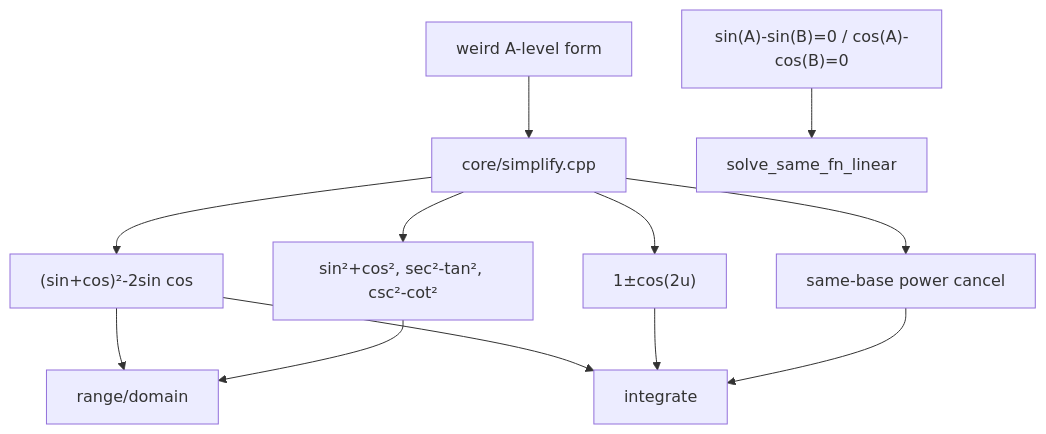
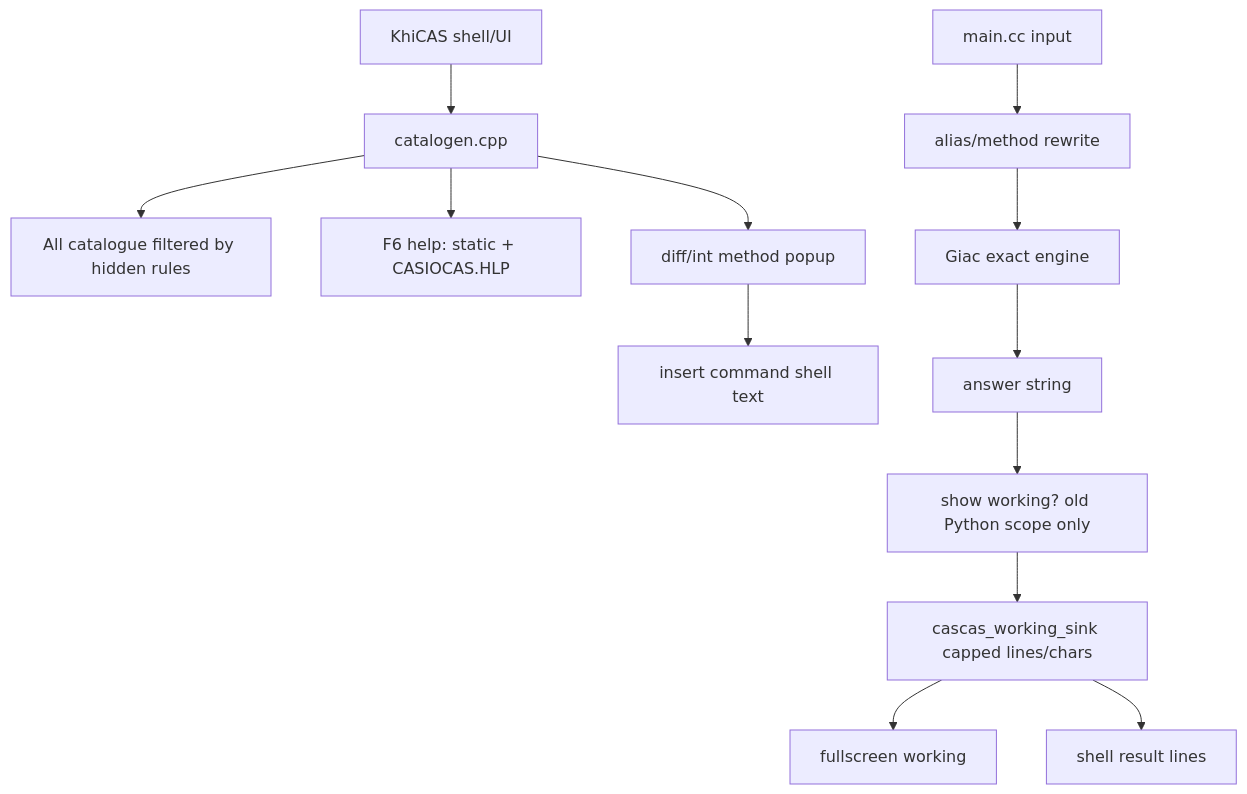
The second of 8 diagrams in c++/GRAPH.md (james8464/notes-addin-casio-fx-cg50), drawn with Mermaid before and after one commit. The commit also changed other lines of this file, not shown here.

Commit message:
Rebuild compact project graph

````diff
--- a/c++/GRAPH.md
+++ b/c++/GRAPH.md
@@ -22,14 +38,16 @@
 ```mermaid
 graph TD
-  Raw["weird A-level form"] --> Simp["core/simplify.cpp"]
-  Simp --> Pyth["sin²+cos², sec²-tan², csc²-cot²"]
-  Simp --> Pow["same-base power cancel"]
-  Simp --> DA["1±cos(2u)"]
-  Simp --> Sq["(sin+cos)²-2sin cos"]
-  Pyth --> AlgR["range/domain"]
-  Pow --> IntR["integrate"]
-  DA --> IntR
-  Sq --> AlgR
-  Sq --> IntR
-  Same["sin(A)-sin(B)=0 / cos(A)-cos(B)=0"] --> TrigSolve["solve_same_fn_linear"]
+  UI["KhiCAS shell/UI"] --> Cat["catalogen.cpp"]
+  Cat --> All["All catalogue filtered by hidden rules"]
+  Cat --> Help["F6 help: static + CASIOCAS.HLP"]
+  Cat --> Method["diff/int method popup"]
+  Method --> Insert["insert command shell text"]
+
+  Shell["main.cc input"] --> Rewrite["alias/method rewrite"]
+  Rewrite --> Giac["Giac exact engine"]
+  Giac --> Ans["answer string"]
+  Ans --> Gate["show working? old Python scope only"]
+  Gate --> Sink["cascas_working_sink capped lines/chars"]
+  Sink --> WorkScreen["fullscreen working"]
+  Sink --> History["shell result lines"]
 ```
````
